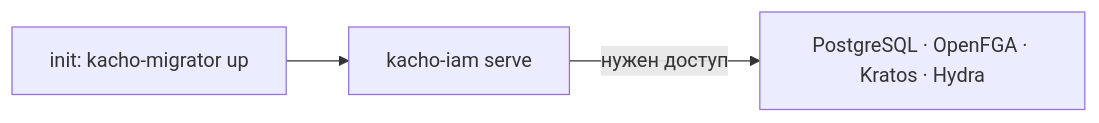
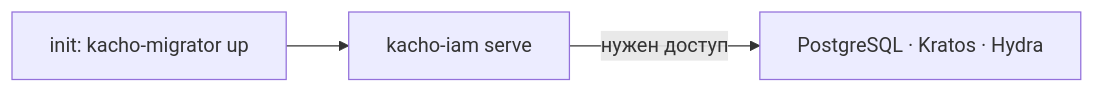
Before and after one commit to PRO-Robotech/kacho: the diagram in services/iam/docs/content/install/deploy.mdx, drawn with Mermaid. The commit also changed other lines of this file and 589 other files, not shown here.

````diff
--- a/services/iam/docs/content/install/deploy.mdx
+++ b/services/iam/docs/content/install/deploy.mdx
@@ -48,5 +47,5 @@
 ```mermaid
 flowchart LR
   mig["init: kacho-migrator up"] --> app["kacho-iam serve"]
-  app -->|"нужен доступ"| deps["PostgreSQL · OpenFGA · Kratos · Hydra"]
+  app -->|"нужен доступ"| deps["PostgreSQL · Kratos · Hydra"]
 ```
````
